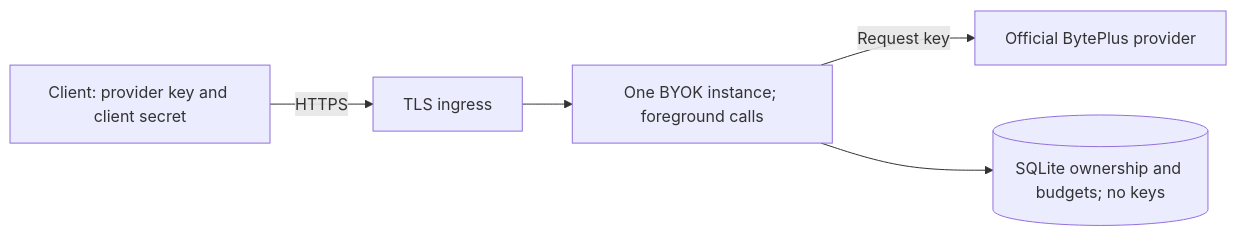
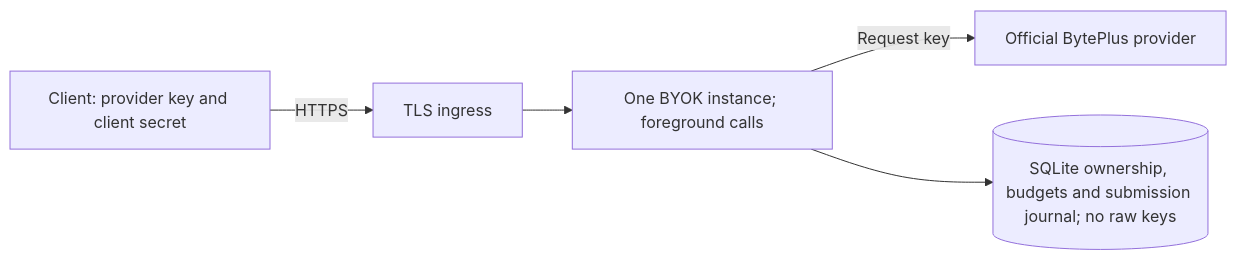
One commit to byteplus-sa/seed-mcp changed the diagram in docs/self-hosting.md. Above: the diagram before and after it, drawn with Mermaid. The commit also changed other lines of this file and 48 other files, not shown here.

````diff
--- a/docs/self-hosting.md
+++ b/docs/self-hosting.md
@@ -59,7 +59,7 @@
 ```mermaid
 flowchart LR
     Client["Client: provider key and client secret"] -->|HTTPS| Ingress["TLS ingress"]
     Ingress --> Server["One BYOK instance; foreground calls"]
     Server -->|Request key| Provider["Official BytePlus provider"]
-    Server --> State[("SQLite ownership and budgets; no keys")]
+    Server --> State[("SQLite ownership, budgets and submission journal; no raw keys")]
 ```
````
